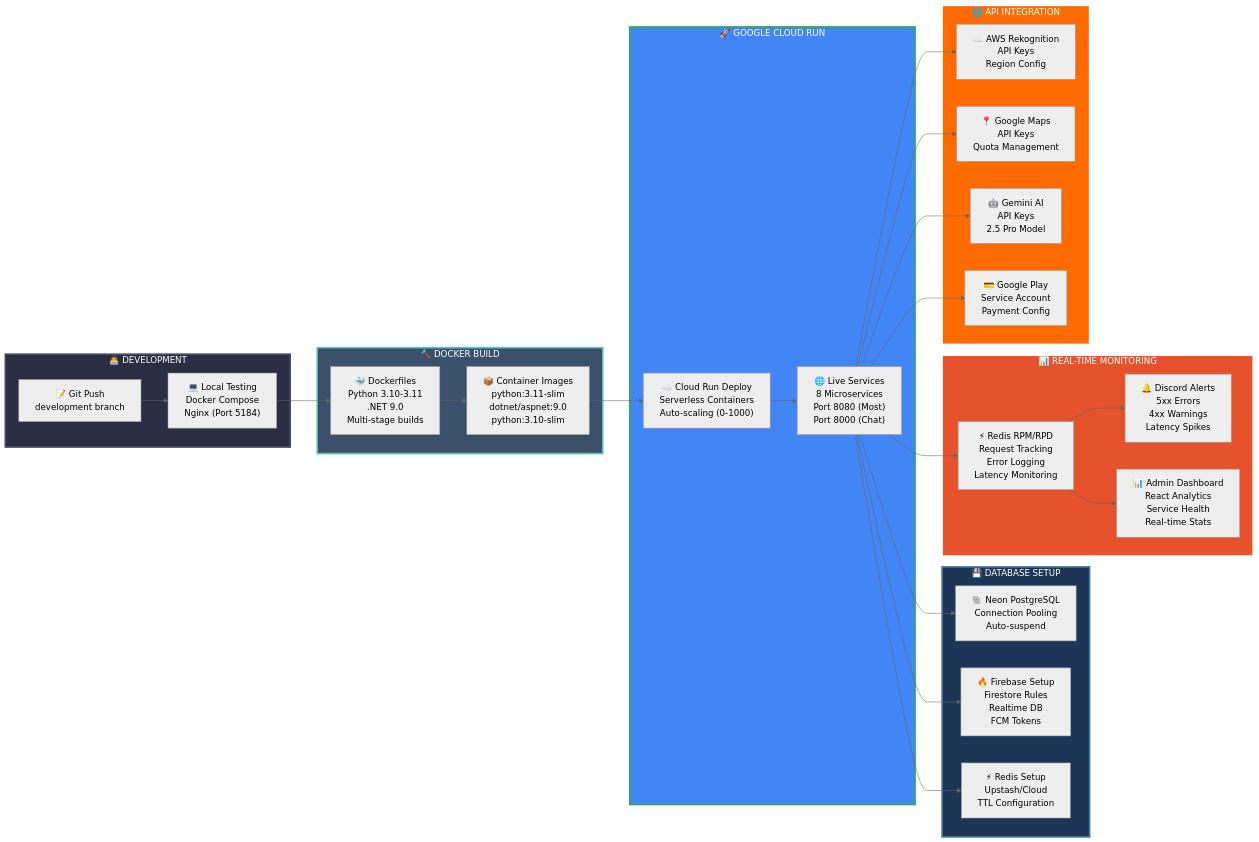
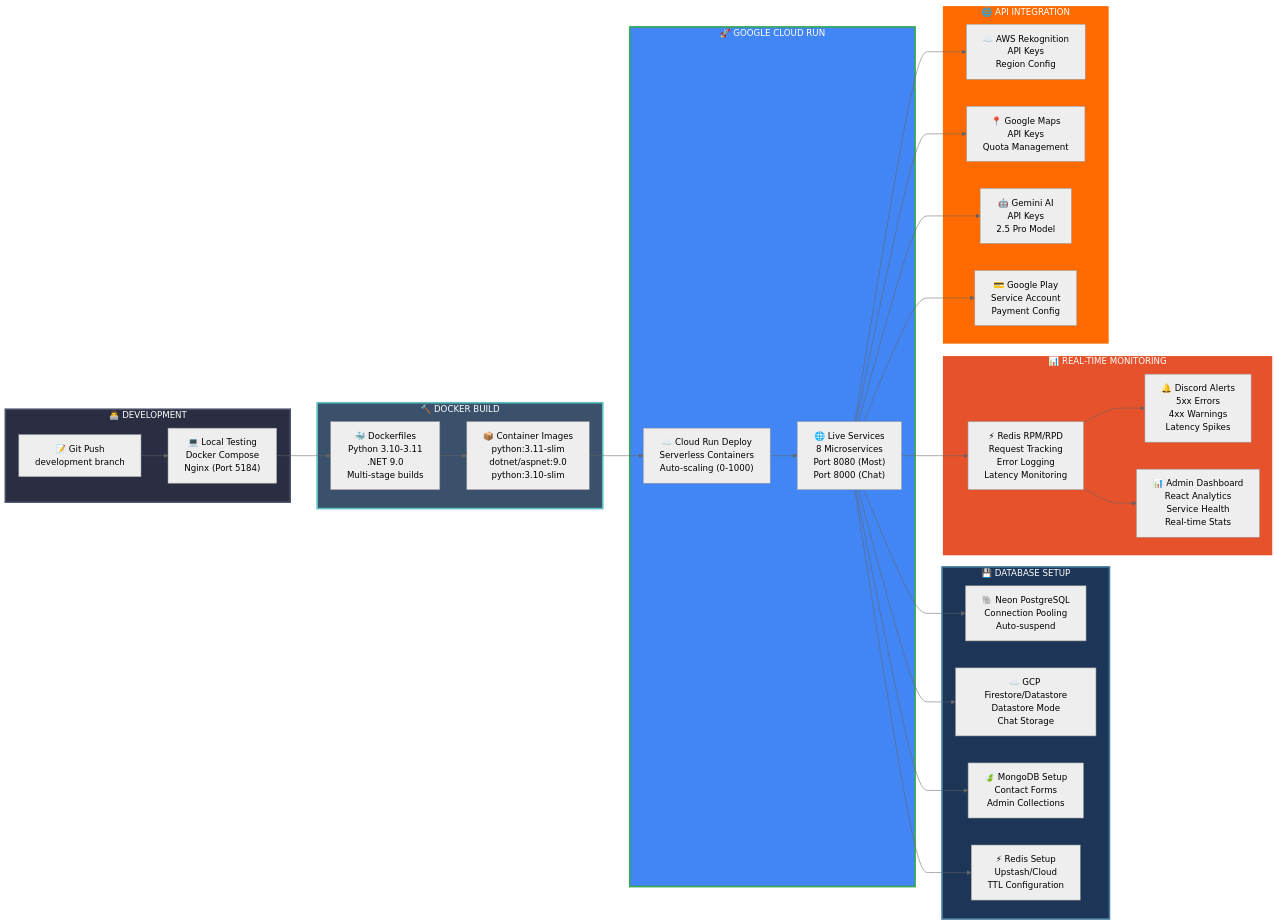
The fourth of 4 diagrams in README.md (Froillan123/Froillan123), drawn with Mermaid (neutral theme) before and after one commit. The commit also changed other lines of this file, not shown here.

````diff
--- a/README.md
+++ b/README.md
@@ -1052,62 +993,64 @@
 ```mermaid
 graph LR
     subgraph DEV["👨‍💻 DEVELOPMENT"]
         Code["📝 Git Push<br/>development branch"]
         Local["💻 Local Testing<br/>Docker Compose<br/>Nginx (Port 5184)"]
     end
 
     subgraph BUILD["🔨 DOCKER BUILD"]
         Dockerfile["🐳 Dockerfiles<br/>Python 3.10-3.11<br/>.NET 9.0<br/>Multi-stage builds"]
         Images["📦 Container Images<br/>python:3.11-slim<br/>dotnet/aspnet:9.0<br/>python:3.10-slim"]
     end
 
     subgraph DEPLOY["🚀 GOOGLE CLOUD RUN"]
         Deploy["☁️ Cloud Run Deploy<br/>Serverless Containers<br/>Auto-scaling (0-1000)"]
         Services["🌐 Live Services<br/>8 Microservices<br/>Port 8080 (Most)<br/>Port 8000 (Chat)"]
     end
 
     subgraph DATABASE["💾 DATABASE SETUP"]
         NeonSetup["🐘 Neon PostgreSQL<br/>Connection Pooling<br/>Auto-suspend"]
-        FirebaseSetup["🔥 Firebase Setup<br/>Firestore Rules<br/>Realtime DB<br/>FCM Tokens"]
+        FirestoreSetup["☁️ GCP Firestore/Datastore<br/>Datastore Mode<br/>Chat Storage"]
+        MongoSetup["🍃 MongoDB Setup<br/>Contact Forms<br/>Admin Collections"]
         RedisSetup["⚡ Redis Setup<br/>Upstash/Cloud<br/>TTL Configuration"]
     end
 
     subgraph MONITORING["📊 REAL-TIME MONITORING"]
         RedisMetrics["⚡ Redis RPM/RPD<br/>Request Tracking<br/>Error Logging<br/>Latency Monitoring"]
         Discord["🔔 Discord Alerts<br/>5xx Errors<br/>4xx Warnings<br/>Latency Spikes"]
         AdminDash["📊 Admin Dashboard<br/>React Analytics<br/>Service Health<br/>Real-time Stats"]
     end
 
     subgraph EXTERNAL["🌐 API INTEGRATION"]
         AWSSetup["☁️ AWS Rekognition<br/>API Keys<br/>Region Config"]
         MapsSetup["📍 Google Maps<br/>API Keys<br/>Quota Management"]
         GeminiSetup["🤖 Gemini AI<br/>API Keys<br/>2.5 Pro Model"]
         PlaySetup["💳 Google Play<br/>Service Account<br/>Payment Config"]
     end
 
     Code --> Local
     Local --> Dockerfile
     Dockerfile --> Images
     Images --> Deploy
     Deploy --> Services
 
     Services --> NeonSetup
-    Services --> FirebaseSetup
+    Services --> FirestoreSetup
+    Services --> MongoSetup
     Services --> RedisSetup
 
     Services --> AWSSetup
     Services --> MapsSetup
     Services --> GeminiSetup
     Services --> PlaySetup
 
     Services --> RedisMetrics
     RedisMetrics --> Discord
     RedisMetrics --> AdminDash
 
     style DEV fill:#2b2d42,stroke:#4a4e69,stroke-width:3px,color:#fff
     style BUILD fill:#3a506b,stroke:#5bc0be,stroke-width:3px,color:#fff
     style DEPLOY fill:#4285F4,stroke:#34A853,stroke-width:3px,color:#fff
     style DATABASE fill:#1d3557,stroke:#457b9d,stroke-width:3px,color:#fff
     style MONITORING fill:#E6522C,stroke:#fff,stroke-width:3px,color:#fff
     style EXTERNAL fill:#FF6B00,stroke:#fff,stroke-width:3px,color:#fff
 ```
````
